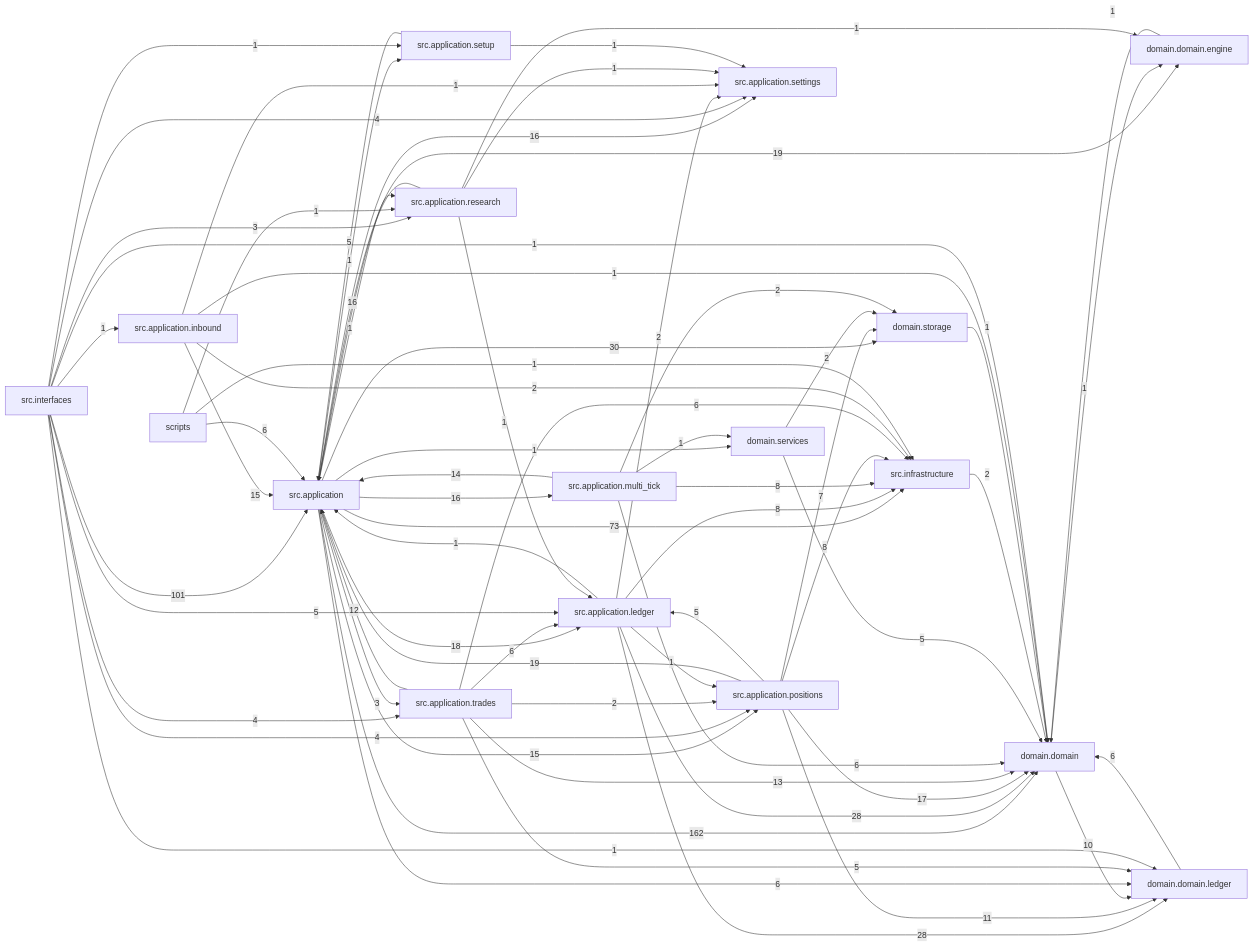
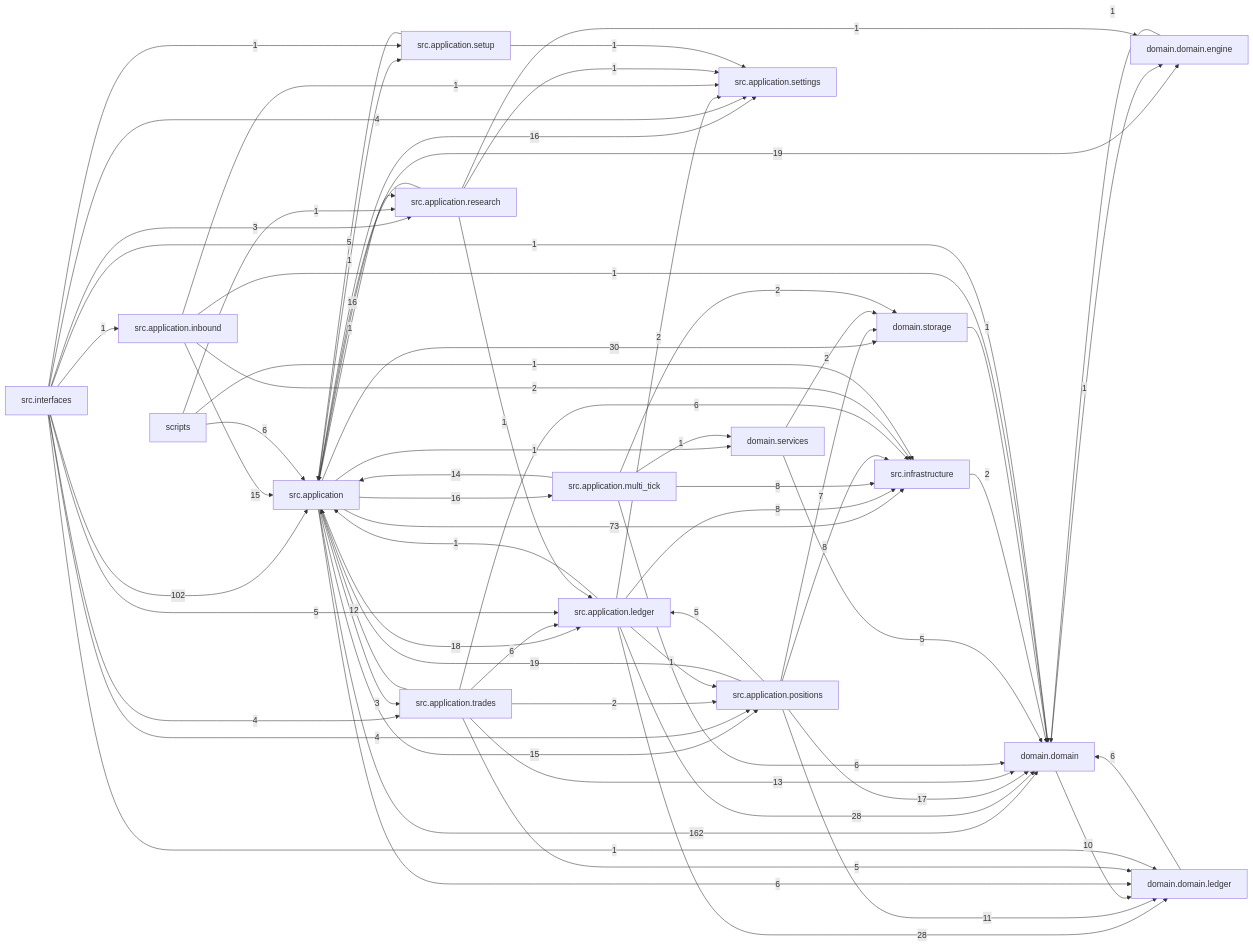
One commit to liuxie066/options-monitor changed the diagram in docs/dependency_graph.mmd. Above: the diagram before and after it, drawn with Mermaid. The commit also changed 3 other files, not shown here.

```diff
--- a/docs/dependency_graph.mmd
+++ b/docs/dependency_graph.mmd
@@ -1,68 +1,68 @@
 flowchart LR
   src_application["src.application"] -->|162| domain_domain["domain.domain"]
-  src_interfaces["src.interfaces"] -->|101| src_application["src.application"]
+  src_interfaces["src.interfaces"] -->|102| src_application["src.application"]
   src_application["src.application"] -->|73| src_infrastructure["src.infrastructure"]
   src_application["src.application"] -->|30| domain_storage["domain.storage"]
   src_application_ledger["src.application.ledger"] -->|28| domain_domain["domain.domain"]
   src_application_ledger["src.application.ledger"] -->|28| domain_domain_ledger["domain.domain.ledger"]
   src_application["src.application"] -->|19| domain_domain_engine["domain.domain.engine"]
   src_application_positions["src.application.positions"] -->|19| src_application["src.application"]
   src_application["src.application"] -->|18| src_application_ledger["src.application.ledger"]
   src_application_positions["src.application.positions"] -->|17| domain_domain["domain.domain"]
   src_application["src.application"] -->|16| src_application_multi_tick["src.application.multi_tick"]
   src_application["src.application"] -->|16| src_application_settings["src.application.settings"]
   src_application_research["src.application.research"] -->|16| src_application["src.application"]
   src_application["src.application"] -->|15| src_application_positions["src.application.positions"]
   src_application_inbound["src.application.inbound"] -->|15| src_application["src.application"]
   src_application_multi_tick["src.application.multi_tick"] -->|14| src_application["src.application"]
   src_application_trades["src.application.trades"] -->|13| domain_domain["domain.domain"]
   src_application_trades["src.application.trades"] -->|12| src_application["src.application"]
   src_application_positions["src.application.positions"] -->|11| domain_domain_ledger["domain.domain.ledger"]
   domain_domain["domain.domain"] -->|10| domain_domain_ledger["domain.domain.ledger"]
   src_application_ledger["src.application.ledger"] -->|8| src_infrastructure["src.infrastructure"]
   src_application_multi_tick["src.application.multi_tick"] -->|8| src_infrastructure["src.infrastructure"]
   src_application_positions["src.application.positions"] -->|8| src_infrastructure["src.infrastructure"]
   src_application_positions["src.application.positions"] -->|7| domain_storage["domain.storage"]
   domain_domain_ledger["domain.domain.ledger"] -->|6| domain_domain["domain.domain"]
   scripts["scripts"] -->|6| src_application["src.application"]
   src_application["src.application"] -->|6| domain_domain_ledger["domain.domain.ledger"]
   src_application_multi_tick["src.application.multi_tick"] -->|6| domain_domain["domain.domain"]
   src_application_trades["src.application.trades"] -->|6| src_application_ledger["src.application.ledger"]
   src_application_trades["src.application.trades"] -->|6| src_infrastructure["src.infrastructure"]
   domain_services["domain.services"] -->|5| domain_domain["domain.domain"]
   src_application_positions["src.application.positions"] -->|5| src_application_ledger["src.application.ledger"]
   src_application_setup["src.application.setup"] -->|5| src_application["src.application"]
   src_application_trades["src.application.trades"] -->|5| domain_domain_ledger["domain.domain.ledger"]
   src_interfaces["src.interfaces"] -->|5| src_application_ledger["src.application.ledger"]
   src_interfaces["src.interfaces"] -->|4| src_application_positions["src.application.positions"]
   src_interfaces["src.interfaces"] -->|4| src_application_settings["src.application.settings"]
   src_interfaces["src.interfaces"] -->|4| src_application_trades["src.application.trades"]
   src_application["src.application"] -->|3| src_application_trades["src.application.trades"]
   src_interfaces["src.interfaces"] -->|3| src_application_research["src.application.research"]
   domain_services["domain.services"] -->|2| domain_storage["domain.storage"]
   src_application_inbound["src.application.inbound"] -->|2| src_infrastructure["src.infrastructure"]
   src_application_ledger["src.application.ledger"] -->|2| src_application_settings["src.application.settings"]
   src_application_multi_tick["src.application.multi_tick"] -->|2| domain_storage["domain.storage"]
   src_application_trades["src.application.trades"] -->|2| src_application_positions["src.application.positions"]
   src_infrastructure["src.infrastructure"] -->|2| domain_domain["domain.domain"]
   domain_domain["domain.domain"] -->|1| domain_domain_engine["domain.domain.engine"]
   domain_domain_engine["domain.domain.engine"] -->|1| domain_domain["domain.domain"]
   domain_storage["domain.storage"] -->|1| domain_domain["domain.domain"]
   scripts["scripts"] -->|1| src_application_research["src.application.research"]
   scripts["scripts"] -->|1| src_infrastructure["src.infrastructure"]
   src_application["src.application"] -->|1| domain_services["domain.services"]
   src_application["src.application"] -->|1| src_application_research["src.application.research"]
   src_application["src.application"] -->|1| src_application_setup["src.application.setup"]
   src_application_inbound["src.application.inbound"] -->|1| domain_domain["domain.domain"]
   src_application_inbound["src.application.inbound"] -->|1| src_application_settings["src.application.settings"]
   src_application_ledger["src.application.ledger"] -->|1| src_application["src.application"]
   src_application_ledger["src.application.ledger"] -->|1| src_application_positions["src.application.positions"]
   src_application_multi_tick["src.application.multi_tick"] -->|1| domain_services["domain.services"]
   src_application_research["src.application.research"] -->|1| domain_domain_engine["domain.domain.engine"]
   src_application_research["src.application.research"] -->|1| src_application_ledger["src.application.ledger"]
   src_application_research["src.application.research"] -->|1| src_application_settings["src.application.settings"]
   src_application_setup["src.application.setup"] -->|1| src_application_settings["src.application.settings"]
   src_interfaces["src.interfaces"] -->|1| domain_domain["domain.domain"]
   src_interfaces["src.interfaces"] -->|1| domain_domain_ledger["domain.domain.ledger"]
   src_interfaces["src.interfaces"] -->|1| src_application_inbound["src.application.inbound"]
   src_interfaces["src.interfaces"] -->|1| src_application_setup["src.application.setup"]
```
